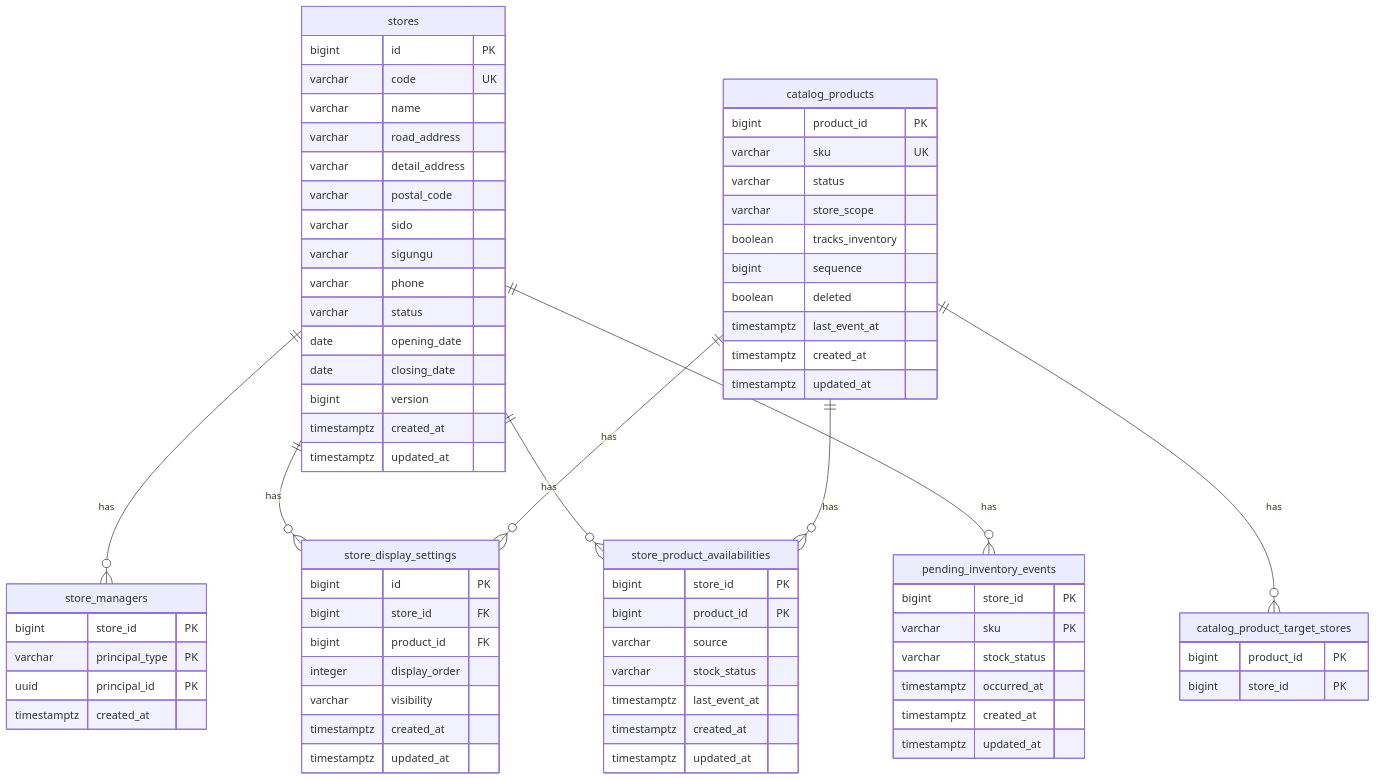
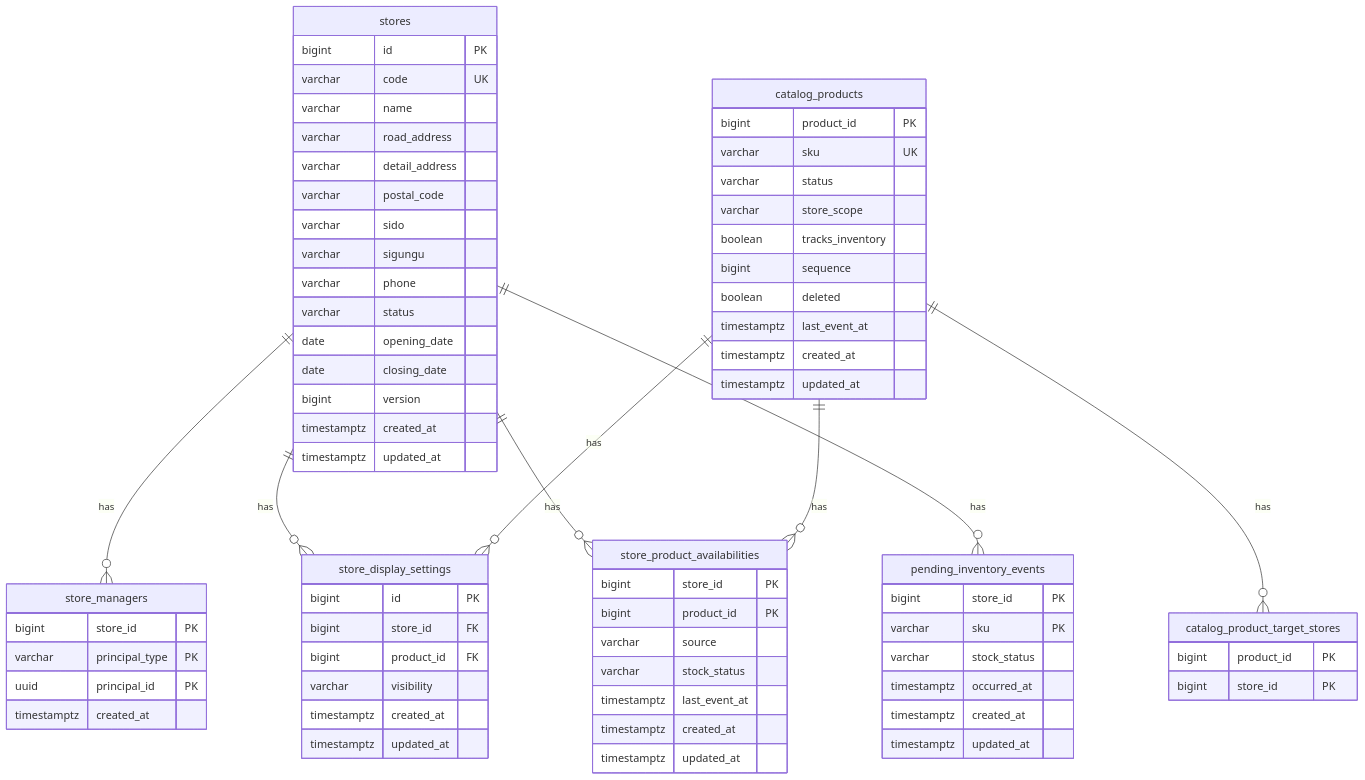
One commit to dozycoffee/dozy-store-api changed the diagram in docs/erd.md. Above: the diagram before and after it, drawn with Mermaid. The commit also changed other lines of this file and 13 other files, not shown here.

````diff
--- a/docs/erd.md
+++ b/docs/erd.md
@@ -20,82 +20,81 @@
 ```mermaid
 erDiagram
     stores ||--o{ store_managers : has
     stores ||--o{ store_display_settings : has
     stores ||--o{ store_product_availabilities : has
     stores ||--o{ pending_inventory_events : has
     catalog_products ||--o{ catalog_product_target_stores : has
     catalog_products ||--o{ store_display_settings : has
     catalog_products ||--o{ store_product_availabilities : has
 
     stores {
         bigint id PK
         varchar code UK
         varchar name
         varchar road_address
         varchar detail_address
         varchar postal_code
         varchar sido
         varchar sigungu
         varchar phone
         varchar status
         date opening_date
         date closing_date
         bigint version
         timestamptz created_at
         timestamptz updated_at
     }
 
     store_managers {
         bigint store_id PK
         varchar principal_type PK
         uuid principal_id PK
         timestamptz created_at
     }
 
     catalog_products {
         bigint product_id PK
         varchar sku UK
         varchar status
         varchar store_scope
         boolean tracks_inventory
         bigint sequence
         boolean deleted
         timestamptz last_event_at
         timestamptz created_at
         timestamptz updated_at
     }
 
     catalog_product_target_stores {
         bigint product_id PK
         bigint store_id PK
     }
 
     store_display_settings {
         bigint id PK
         bigint store_id FK
         bigint product_id FK
-        integer display_order
         varchar visibility
         timestamptz created_at
         timestamptz updated_at
     }
 
     store_product_availabilities {
         bigint store_id PK
         bigint product_id PK
         varchar source
         varchar stock_status
         timestamptz last_event_at
         timestamptz created_at
         timestamptz updated_at
     }
 
     pending_inventory_events {
         bigint store_id PK
         varchar sku PK
         varchar stock_status
         timestamptz occurred_at
         timestamptz created_at
         timestamptz updated_at
     }
 ```
````
